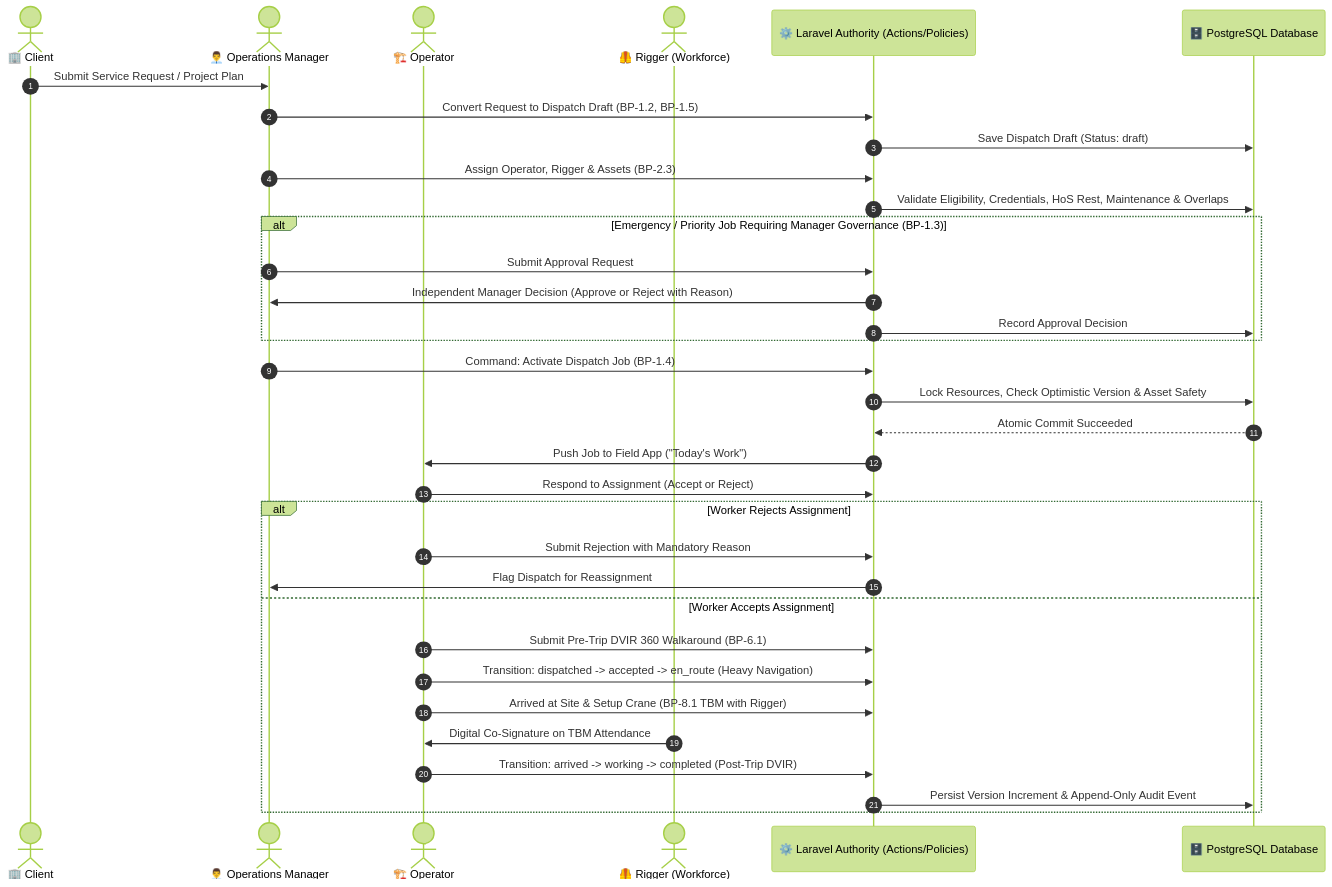
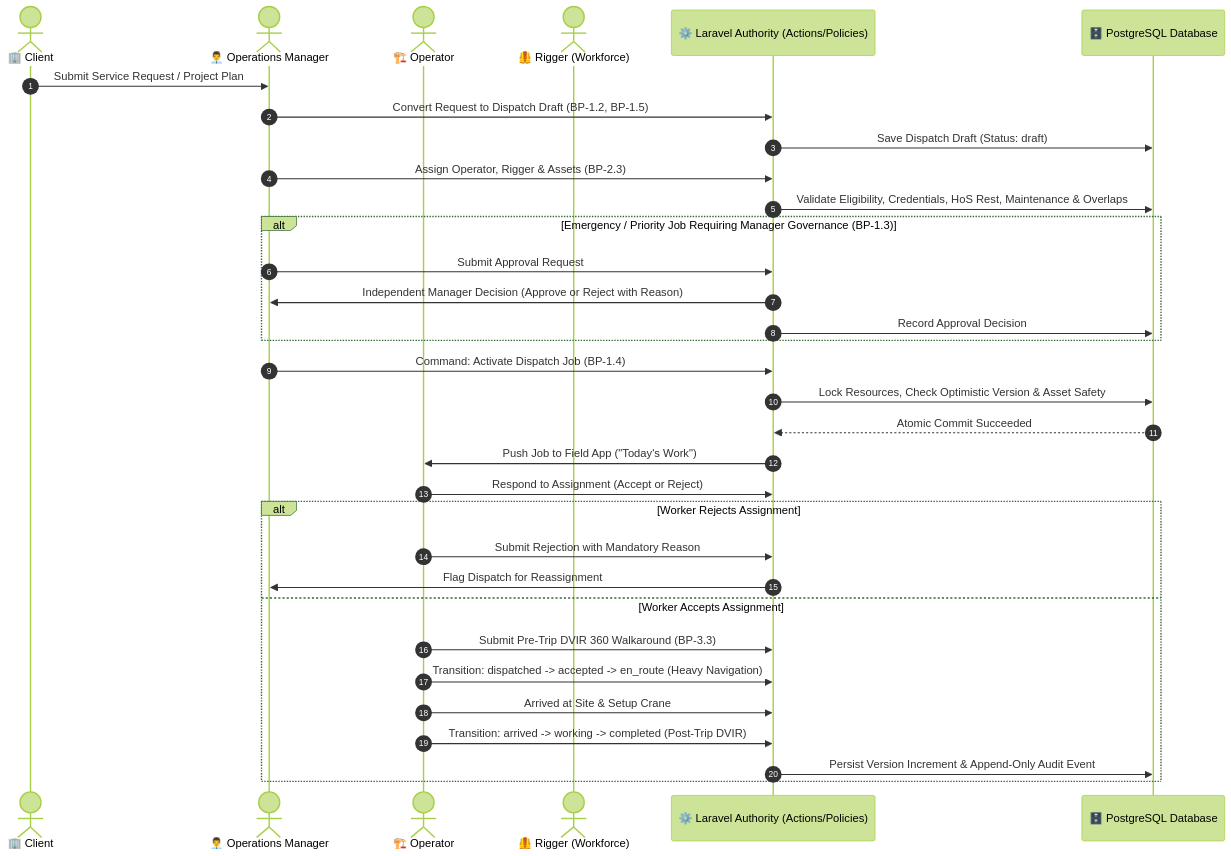
Before and after one commit to Darktodoom123/Core-2: the second of 3 diagrams in Docs/design/Diagrams/bpa.md, drawn with Mermaid (forest theme). The commit also changed other lines of this file and 101 other files, not shown here.

````diff
--- a/Docs/design/Diagrams/bpa.md
+++ b/Docs/design/Diagrams/bpa.md
@@ -82,41 +79,40 @@
 ```mermaid
 sequenceDiagram
     autonumber
     actor Client as 🏢 Client
     actor OpsManager as 👨‍💼 Operations Manager
     actor Operator as 🏗️ Operator
     actor Rigger as 🦺 Rigger (Workforce)
     participant Server as ⚙️ Laravel Authority (Actions/Policies)
     participant DB as 🗄️ PostgreSQL Database
 
     Client->>OpsManager: Submit Service Request / Project Plan
     OpsManager->>Server: Convert Request to Dispatch Draft (BP-1.2, BP-1.5)
     Server->>DB: Save Dispatch Draft (Status: draft)
 
     OpsManager->>Server: Assign Operator, Rigger & Assets (BP-2.3)
     Server->>DB: Validate Eligibility, Credentials, HoS Rest, Maintenance & Overlaps
 
     alt Emergency / Priority Job Requiring Manager Governance (BP-1.3)
         OpsManager->>Server: Submit Approval Request
         Server->>OpsManager: Independent Manager Decision (Approve or Reject with Reason)
         Server->>DB: Record Approval Decision
     end
 
     OpsManager->>Server: Command: Activate Dispatch Job (BP-1.4)
     Server->>DB: Lock Resources, Check Optimistic Version & Asset Safety
     DB-->>Server: Atomic Commit Succeeded
     Server->>Operator: Push Job to Field App ("Today's Work")
 
     Operator->>Server: Respond to Assignment (Accept or Reject)
     alt Worker Rejects Assignment
         Operator->>Server: Submit Rejection with Mandatory Reason
         Server->>OpsManager: Flag Dispatch for Reassignment
     else Worker Accepts Assignment
-        Operator->>Server: Submit Pre-Trip DVIR 360 Walkaround (BP-6.1)
+        Operator->>Server: Submit Pre-Trip DVIR 360 Walkaround (BP-3.3)
         Operator->>Server: Transition: dispatched -> accepted -> en_route (Heavy Navigation)
-        Operator->>Server: Arrived at Site & Setup Crane (BP-8.1 TBM with Rigger)
-        Rigger->>Operator: Digital Co-Signature on TBM Attendance
+        Operator->>Server: Arrived at Site & Setup Crane
         Operator->>Server: Transition: arrived -> working -> completed (Post-Trip DVIR)
         Server->>DB: Persist Version Increment & Append-Only Audit Event
     end
 ```
````
